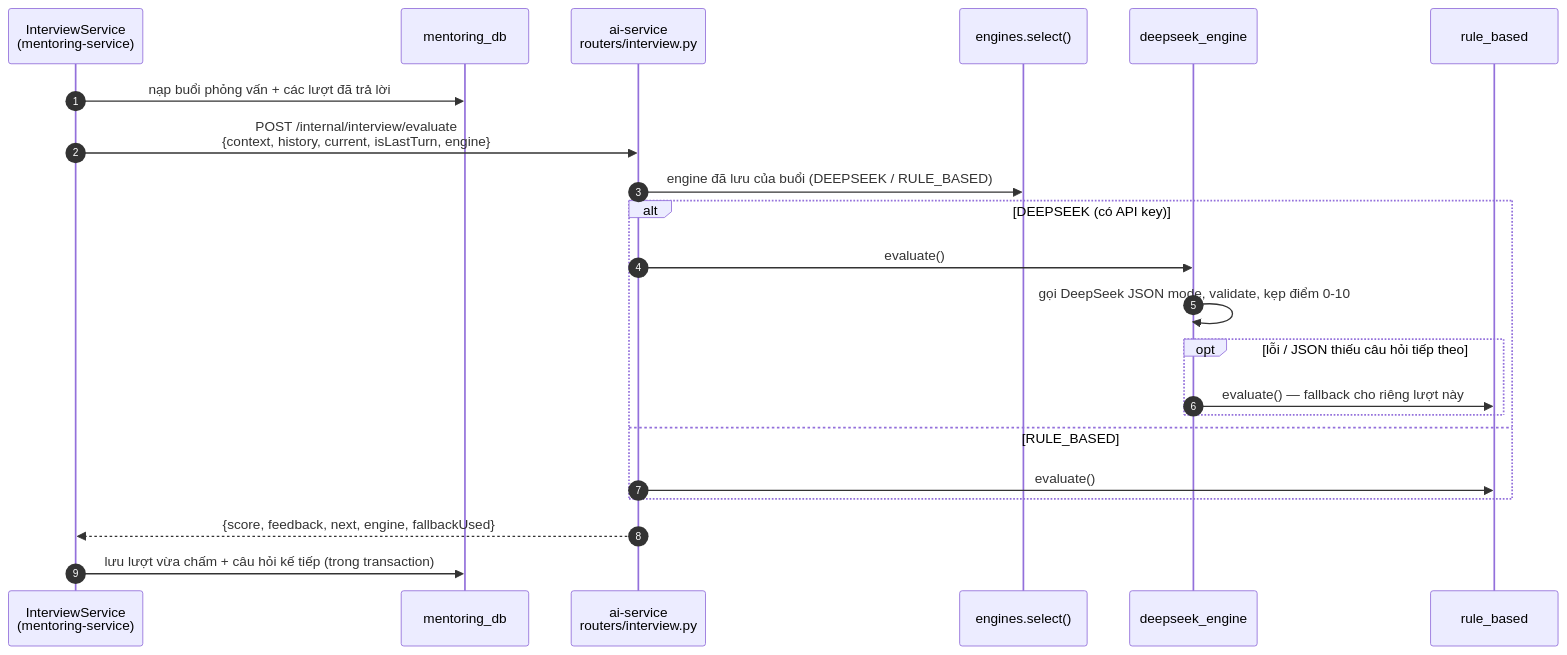
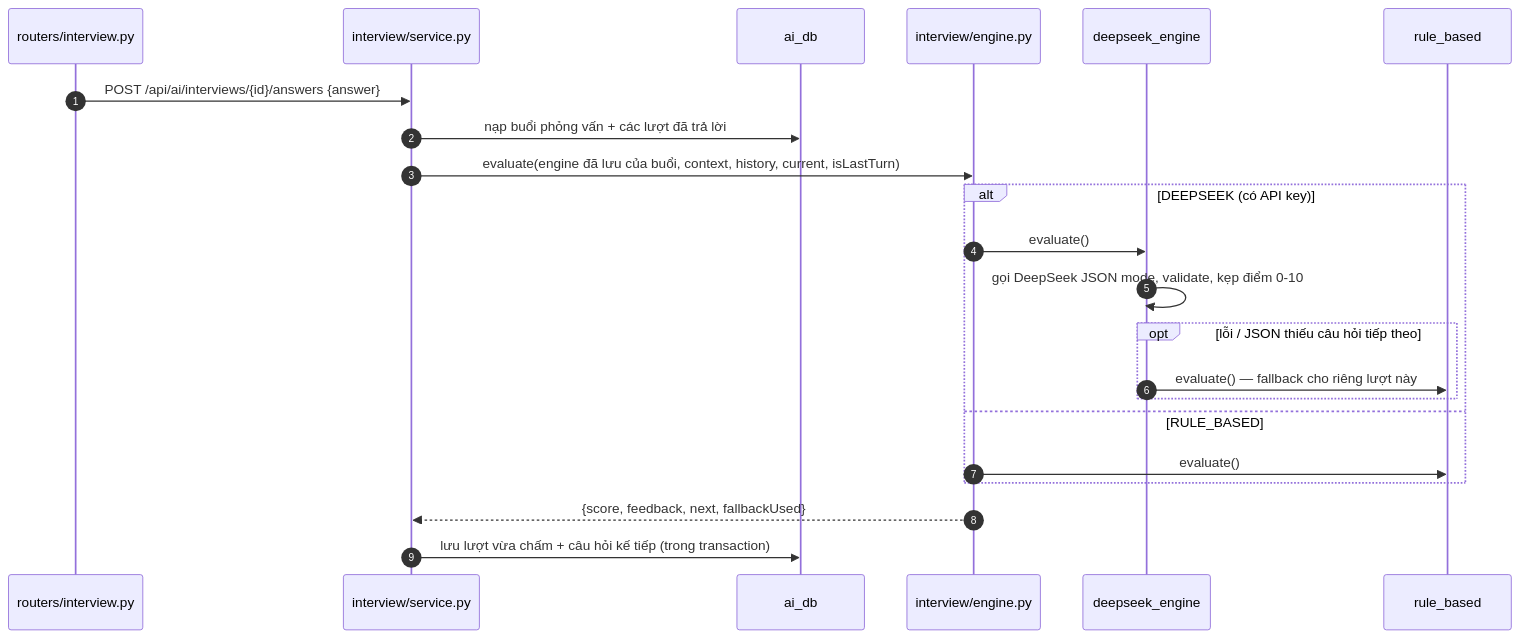
Before and after one commit to quangpham10212004/do_an_2026: the fourth of 5 diagrams in docs/ai-features.md, drawn with Mermaid. The commit also changed other lines of this file and 84 other files, not shown here.

````diff
--- a/docs/ai-features.md
+++ b/docs/ai-features.md
@@ -238,24 +244,24 @@
 ```mermaid
 sequenceDiagram
     autonumber
-    participant IS as InterviewService<br/>(mentoring-service)
-    participant DB as mentoring_db
-    participant R as ai-service<br/>routers/interview.py
-    participant E as engines.select()
+    participant R as routers/interview.py
+    participant IS as interview/service.py
+    participant DB as ai_db
+    participant E as interview/engine.py
     participant D as deepseek_engine
     participant RB as rule_based
+    R->>IS: POST /api/ai/interviews/{id}/answers {answer}
     IS->>DB: nạp buổi phỏng vấn + các lượt đã trả lời
-    IS->>R: POST /internal/interview/evaluate<br/>{context, history, current, isLastTurn, engine}
-    R->>E: engine đã lưu của buổi (DEEPSEEK / RULE_BASED)
+    IS->>E: evaluate(engine đã lưu của buổi, context, history, current, isLastTurn)
     alt DEEPSEEK (có API key)
-        R->>D: evaluate()
+        E->>D: evaluate()
         D->>D: gọi DeepSeek JSON mode, validate, kẹp điểm 0-10
         opt lỗi / JSON thiếu câu hỏi tiếp theo
             D->>RB: evaluate() — fallback cho riêng lượt này
         end
     else RULE_BASED
-        R->>RB: evaluate()
+        E->>RB: evaluate()
     end
-    R-->>IS: {score, feedback, next, engine, fallbackUsed}
+    E-->>IS: {score, feedback, next, fallbackUsed}
     IS->>DB: lưu lượt vừa chấm + câu hỏi kế tiếp (trong transaction)
 ```
````
